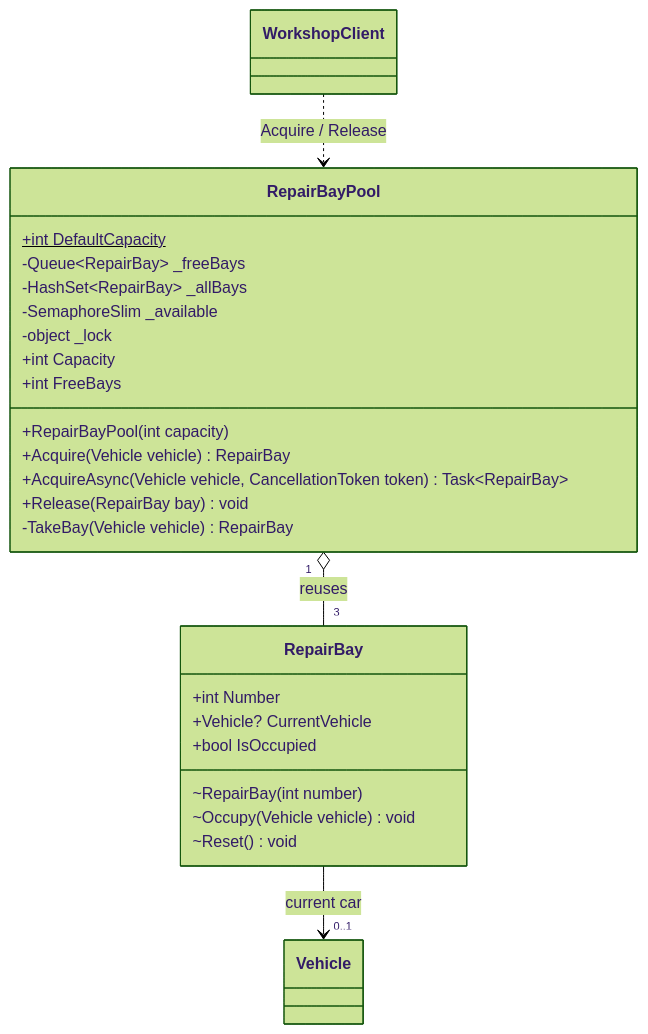
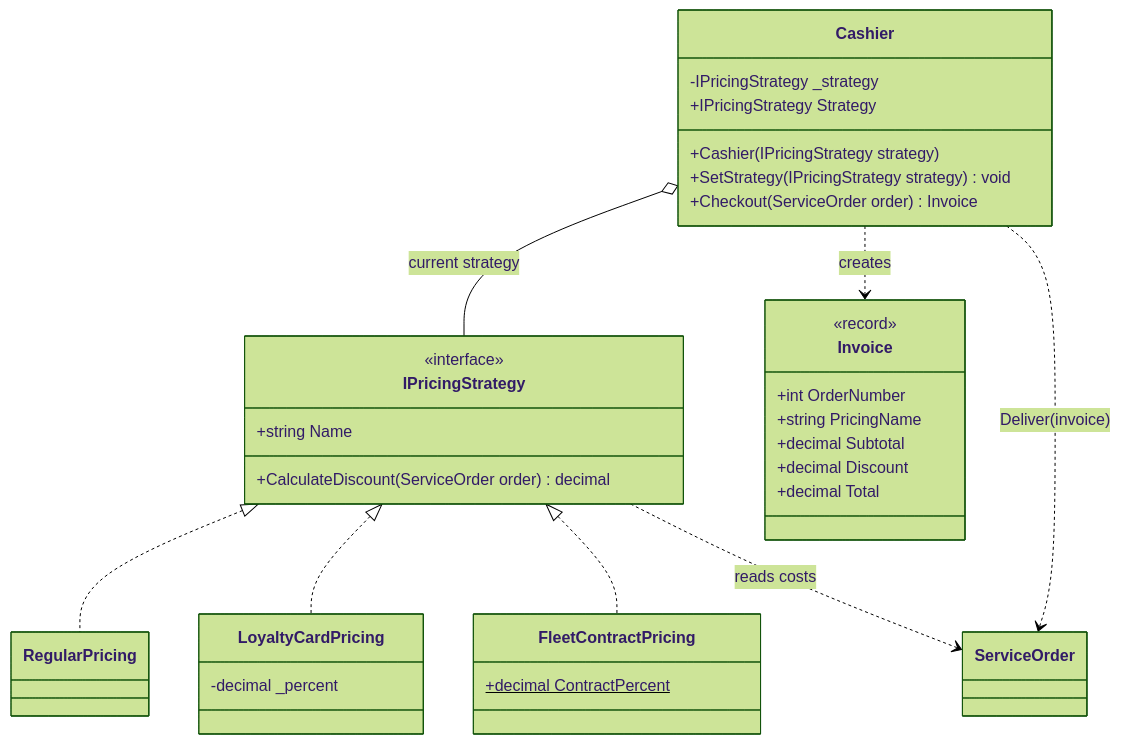
One commit to mihaizastinceanu/TMPS changed the fourth of 5 diagrams in README.md. Above: the diagram before and after it, drawn with Mermaid (forest theme). The commit also changed other lines of this file and 1 other file, not shown here.

````diff
--- a/README.md
+++ b/README.md
@@ -413,31 +321,39 @@
 ```mermaid
 classDiagram
-    class RepairBayPool {
-        +int DefaultCapacity$
-        -Queue~RepairBay~ _freeBays
-        -HashSet~RepairBay~ _allBays
-        -SemaphoreSlim _available
-        -object _lock
-        +RepairBayPool(int capacity)
-        +int Capacity
-        +int FreeBays
-        +Acquire(Vehicle vehicle) RepairBay
-        +AcquireAsync(Vehicle vehicle, CancellationToken token) Task~RepairBay~
-        +Release(RepairBay bay) void
-        -TakeBay(Vehicle vehicle) RepairBay
+    class Cashier {
+        -IPricingStrategy _strategy
+        +Cashier(IPricingStrategy strategy)
+        +IPricingStrategy Strategy
+        +SetStrategy(IPricingStrategy strategy) void
+        +Checkout(ServiceOrder order) Invoice
     }
-    class RepairBay {
-        +int Number
-        +Vehicle? CurrentVehicle
-        +bool IsOccupied
-        ~RepairBay(int number)
-        ~Occupy(Vehicle vehicle) void
-        ~Reset() void
+    class IPricingStrategy {
+        <<interface>>
+        +string Name
+        +CalculateDiscount(ServiceOrder order) decimal
     }
-    class Vehicle
-    class WorkshopClient
+    class RegularPricing
+    class LoyaltyCardPricing {
+        -decimal _percent
+    }
+    class FleetContractPricing {
+        +decimal ContractPercent$
+    }
+    class Invoice {
+        <<record>>
+        +int OrderNumber
+        +string PricingName
+        +decimal Subtotal
+        +decimal Discount
+        +decimal Total
+    }
+    class ServiceOrder
 
-    RepairBayPool "1" o-- "3" RepairBay : reuses
-    RepairBay --> "0..1" Vehicle : current car
-    WorkshopClient ..> RepairBayPool : Acquire / Release
+    Cashier o-- IPricingStrategy : current strategy
+    IPricingStrategy <|.. RegularPricing
+    IPricingStrategy <|.. LoyaltyCardPricing
+    IPricingStrategy <|.. FleetContractPricing
+    Cashier ..> Invoice : creates
+    Cashier ..> ServiceOrder : Deliver(invoice)
+    IPricingStrategy ..> ServiceOrder : reads costs
 ```
````
